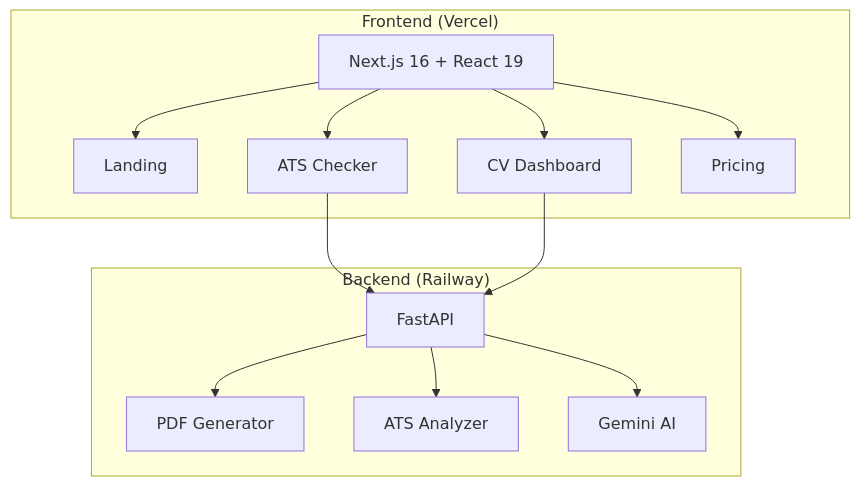
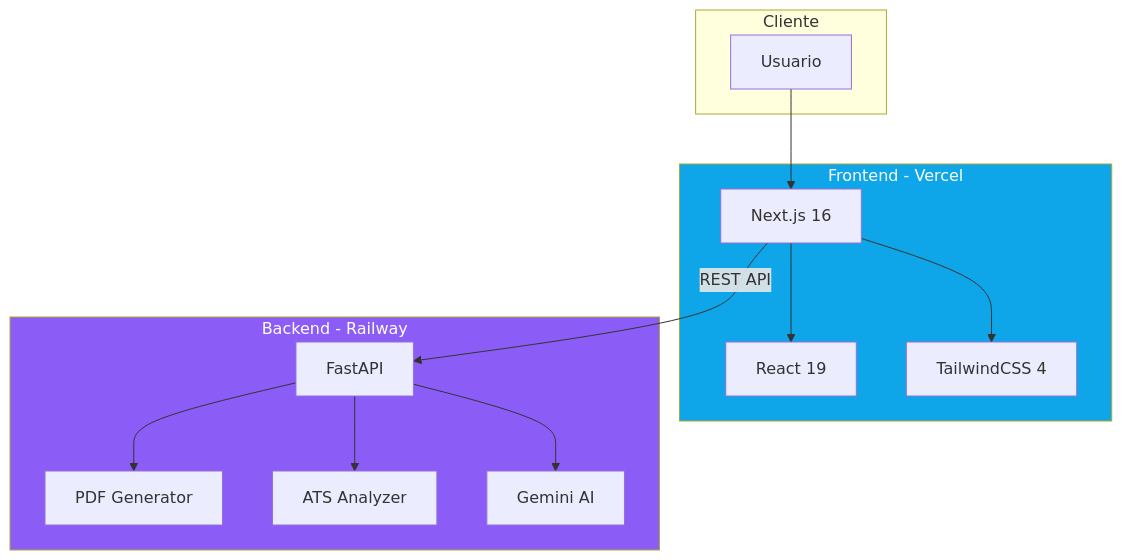
The first of 3 diagrams in README.md (Raido-co/cvos-platform), drawn with Mermaid before and after one commit. The commit also changed other lines of this file, not shown here.

Commit message:
docs: update README with professional documentation and diagrams

````diff
--- a/README.md
+++ b/README.md
@@ -17,19 +30,25 @@
 ```mermaid
 flowchart TB
-    subgraph Frontend["Frontend (Vercel)"]
-        A[Next.js 16 + React 19]
-        A --> B[Landing]
-        A --> C[ATS Checker]
-        A --> D[CV Dashboard]
-        A --> E[Pricing]
+    subgraph Client["Cliente"]
+        U[Usuario]
     end
     
-    subgraph Backend["Backend (Railway)"]
-        F[FastAPI]
-        F --> G[PDF Generator]
-        F --> H[ATS Analyzer]
-        F --> I[Gemini AI]
+    subgraph Frontend["Frontend - Vercel"]
+        NX[Next.js 16]
+        NX --> R[React 19]
+        NX --> TW[TailwindCSS 4]
     end
     
-    C & D --> F
+    subgraph Backend["Backend - Railway"]
+        FA[FastAPI]
+        FA --> PDF[PDF Generator]
+        FA --> ATS[ATS Analyzer]
+        FA --> AI[Gemini AI]
+    end
+    
+    U --> NX
+    NX -->|REST API| FA
+    
+    style Frontend fill:#0ea5e9,color:#fff
+    style Backend fill:#8b5cf6,color:#fff
 ```
````
